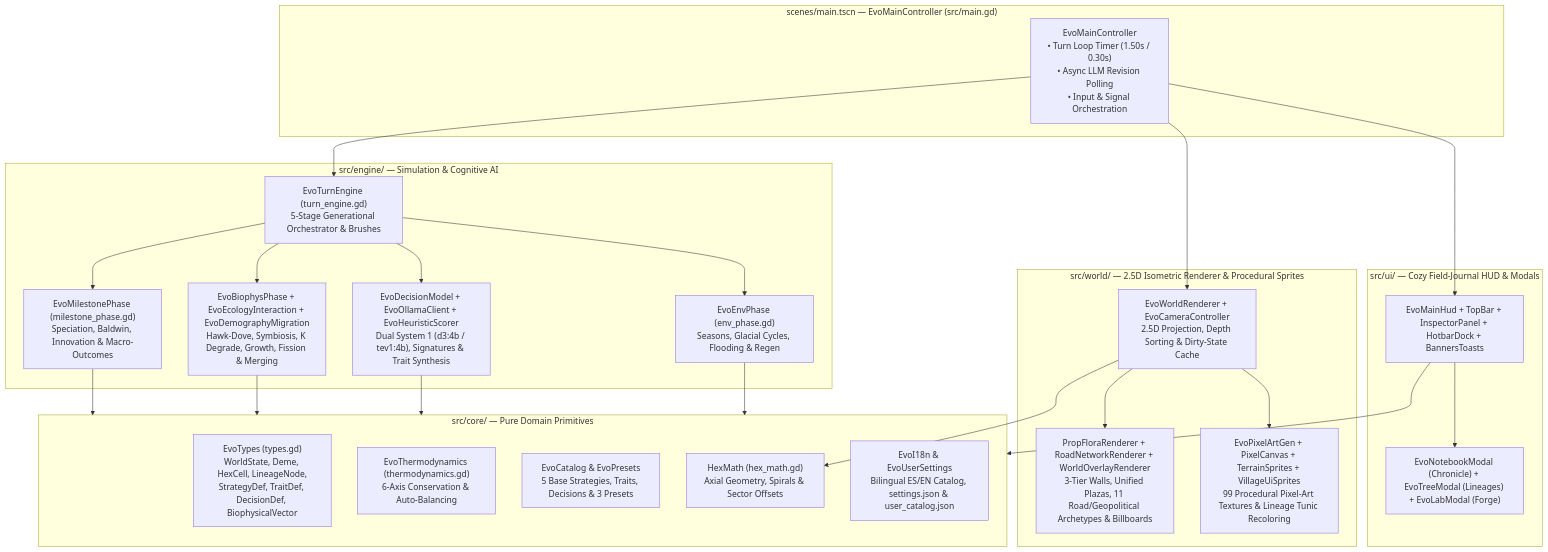
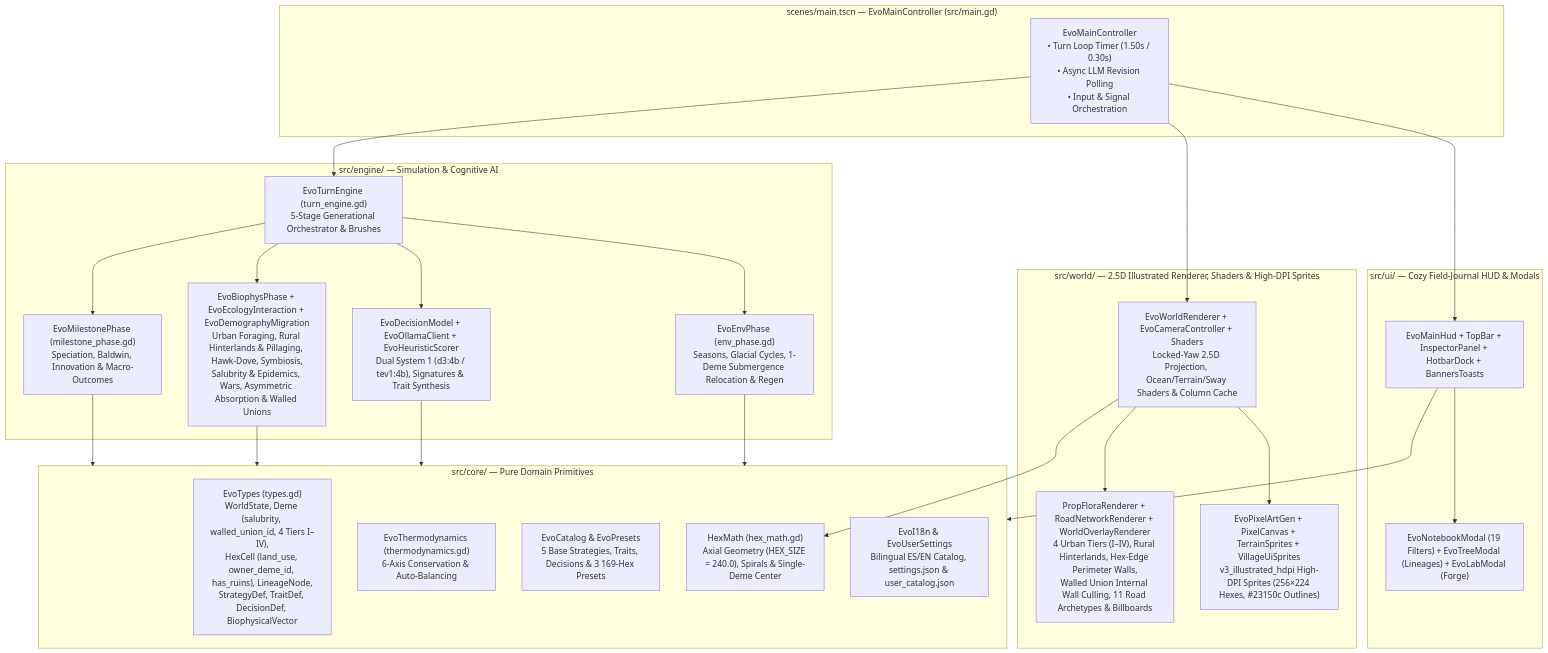
Before and after one commit to arrase/Evolution: the diagram in gh-pages/architecture_developer.md, drawn with Mermaid. The commit also changed other lines of this file and 187 other files, not shown here.

Commit message:
feat(world,engine): 1-deme-per-hex 169-hex urban/rural simulation & 2.5D illustrated shader world

````diff
--- a/gh-pages/architecture_developer.md
+++ b/gh-pages/architecture_developer.md
@@ -9,41 +9,41 @@
 ```mermaid
 flowchart TD
     subgraph Root ["scenes/main.tscn — EvoMainController (src/main.gd)"]
         Main["EvoMainController\n• Turn Loop Timer (1.50s / 0.30s)\n• Async LLM Revision Polling\n• Input & Signal Orchestration"]
     end
 
     subgraph Core ["src/core/ — Pure Domain Primitives"]
-        Types["EvoTypes (types.gd)\nWorldState, Deme, HexCell, LineageNode,\nStrategyDef, TraitDef, DecisionDef, BiophysicalVector"]
+        Types["EvoTypes (types.gd)\nWorldState, Deme (salubrity, walled_union_id, 4 Tiers I–IV),\nHexCell (land_use, owner_deme_id, has_ruins), LineageNode,\nStrategyDef, TraitDef, DecisionDef, BiophysicalVector"]
         Thermo["EvoThermodynamics (thermodynamics.gd)\n6-Axis Conservation & Auto-Balancing"]
-        Catalog["EvoCatalog & EvoPresets\n5 Base Strategies, Traits, Decisions & 3 Presets"]
-        HexMath["HexMath (hex_math.gd)\nAxial Geometry, Spirals & Sector Offsets"]
+        Catalog["EvoCatalog & EvoPresets\n5 Base Strategies, Traits, Decisions & 3 169-Hex Presets"]
+        HexMath["HexMath (hex_math.gd)\nAxial Geometry (HEX_SIZE = 240.0), Spirals & Single-Deme Center"]
         I18n["EvoI18n & EvoUserSettings\nBilingual ES/EN Catalog, settings.json & user_catalog.json"]
     end
 
     subgraph Engine ["src/engine/ — Simulation & Cognitive AI"]
         Turn["EvoTurnEngine (turn_engine.gd)\n5-Stage Generational Orchestrator & Brushes"]
-        Env["EvoEnvPhase (env_phase.gd)\nSeasons, Glacial Cycles, Flooding & Regen"]
+        Env["EvoEnvPhase (env_phase.gd)\nSeasons, Glacial Cycles, 1-Deme Submergence Relocation & Regen"]
         Cog["EvoDecisionModel + EvoOllamaClient + EvoHeuristicScorer\nDual System 1 (d3:4b / tev1:4b), Signatures & Trait Synthesis"]
-        Biophys["EvoBiophysPhase + EvoEcologyInteraction + EvoDemographyMigration\nHawk-Dove, Symbiosis, K Degrade, Growth, Fission & Merging"]
+        Biophys["EvoBiophysPhase + EvoEcologyInteraction + EvoDemographyMigration\nUrban Foraging, Rural Hinterlands & Pillaging, Hawk-Dove, Symbiosis,\nSalubrity & Epidemics, Wars, Asymmetric Absorption & Walled Unions"]
         Mile["EvoMilestonePhase (milestone_phase.gd)\nSpeciation, Baldwin, Innovation & Macro-Outcomes"]
     end
 
-    subgraph World ["src/world/ — 2.5D Isometric Renderer & Procedural Sprites"]
-        Renderer["EvoWorldRenderer + EvoCameraController\n2.5D Projection, Depth Sorting & Dirty-State Cache"]
-        SubRender["PropFloraRenderer + RoadNetworkRenderer + WorldOverlayRenderer\n3-Tier Walls, Unified Plazas, 11 Road/Geopolitical Archetypes & Billboards"]
-        Sprites["EvoPixelArtGen + PixelCanvas + TerrainSprites + VillageUiSprites\n99 Procedural Pixel-Art Textures & Lineage Tunic Recoloring"]
+    subgraph World ["src/world/ — 2.5D Illustrated Renderer, Shaders & High-DPI Sprites"]
+        Renderer["EvoWorldRenderer + EvoCameraController + Shaders\nLocked-Yaw 2.5D Projection, Ocean/Terrain/Sway Shaders & Column Cache"]
+        SubRender["PropFloraRenderer + RoadNetworkRenderer + WorldOverlayRenderer\n4 Urban Tiers (I–IV), Rural Hinterlands, Hex-Edge Perimeter Walls,\nWalled Union Internal Wall Culling, 11 Road Archetypes & Billboards"]
+        Sprites["EvoPixelArtGen + PixelCanvas + TerrainSprites + VillageUiSprites\nv3_illustrated_hdpi High-DPI Sprites (256×224 Hexes, #23150c Outlines)"]
     end
 
     subgraph UI ["src/ui/ — Cozy Field-Journal HUD & Modals"]
         HUD["EvoMainHud + TopBar + InspectorPanel + HotbarDock + BannersToasts"]
-        Modals["EvoNotebookModal (Chronicle) + EvoTreeModal (Lineages) + EvoLabModal (Forge)"]
+        Modals["EvoNotebookModal (19 Filters) + EvoTreeModal (Lineages) + EvoLabModal (Forge)"]
     end
 
     Main --> Turn
     Main --> Renderer
     Main --> HUD
     Turn --> Env & Cog & Biophys & Mile
     Env & Cog & Biophys & Mile --> Core
     Renderer --> SubRender & Sprites & HexMath
     HUD --> Modals & Core
 ```
````
